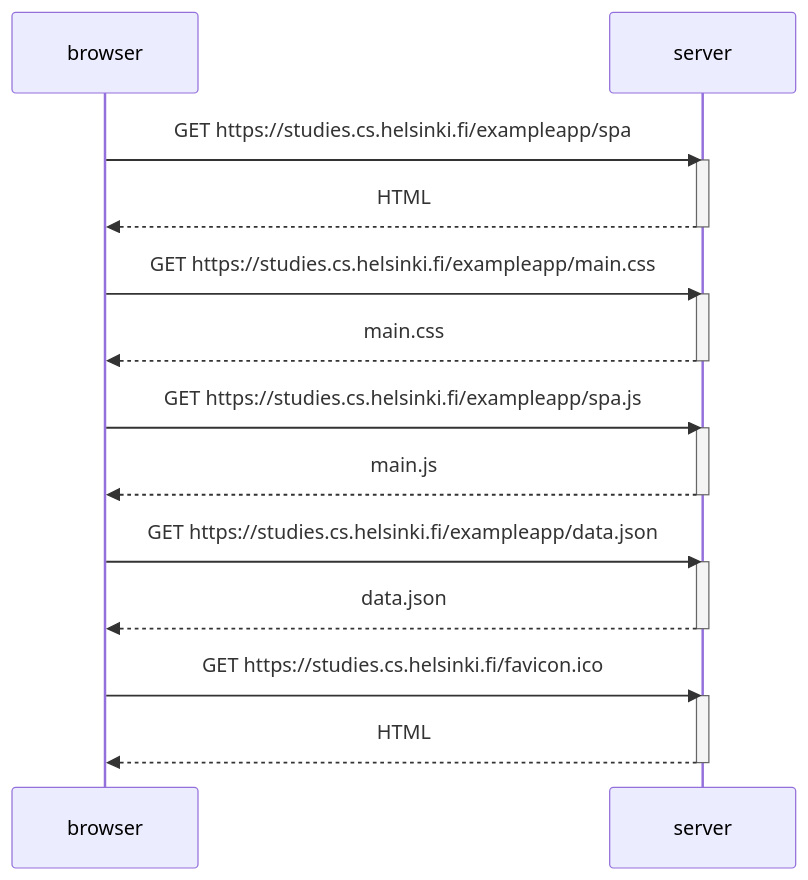
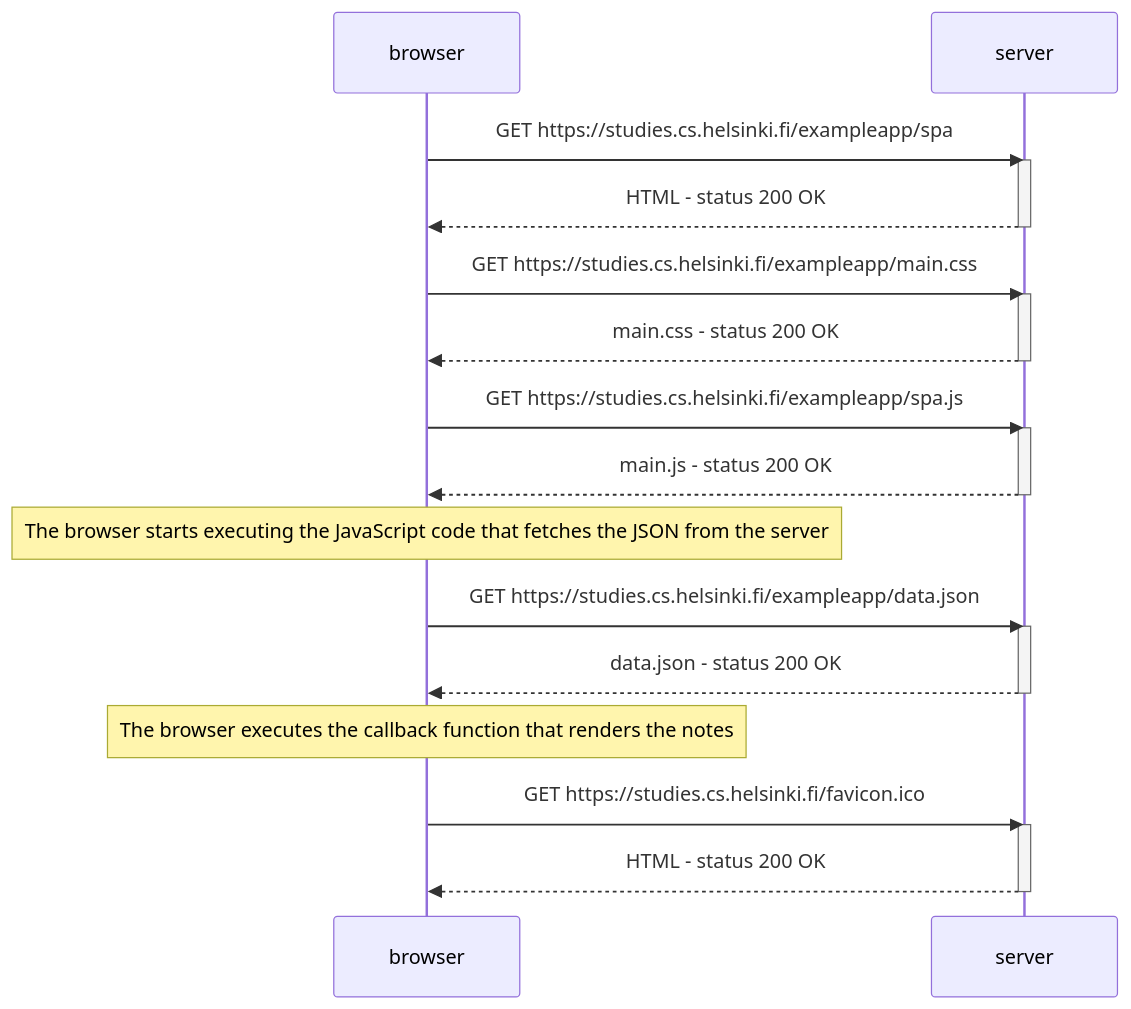
The diagram in part0/0.5.md (joekbullard/helsinki-mooc), drawn with Mermaid before and after one commit.

````diff
--- a/part0/0.5.md
+++ b/part0/0.5.md
@@ -1,31 +1,35 @@
 ```mermaid
 sequenceDiagram
     participant browser
     participant server
     
     browser->>server: GET https://studies.cs.helsinki.fi/exampleapp/spa
     activate server
-    server-->>browser: HTML
+    server-->>browser: HTML - status 200 OK
     deactivate server
     
     browser->>server: GET https://studies.cs.helsinki.fi/exampleapp/main.css
     activate server
-    server-->>browser: main.css
+    server-->>browser: main.css - status 200 OK
     deactivate server
 
     browser->>server: GET https://studies.cs.helsinki.fi/exampleapp/spa.js
     activate server
-    server-->>browser: main.js
+    server-->>browser: main.js - status 200 OK
     deactivate server
+    
+    Note over browser: The browser starts executing the JavaScript code that fetches the JSON from the server
     
     browser->>server: GET https://studies.cs.helsinki.fi/exampleapp/data.json
     activate server
-    server-->>browser: data.json
+    server-->>browser: data.json - status 200 OK
     deactivate server
+    
+    Note over browser: The browser executes the callback function that renders the notes
     
     browser->>server: GET https://studies.cs.helsinki.fi/favicon.ico
     activate server
-    server-->>browser: HTML
+    server-->>browser: HTML - status 200 OK
     deactivate server
 
 ```    
````
